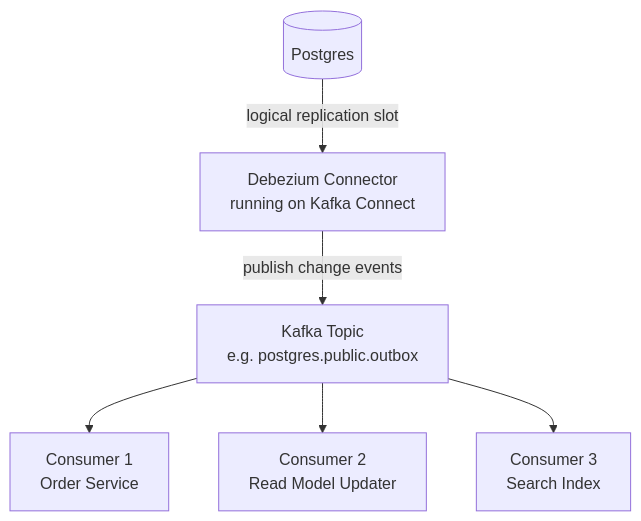
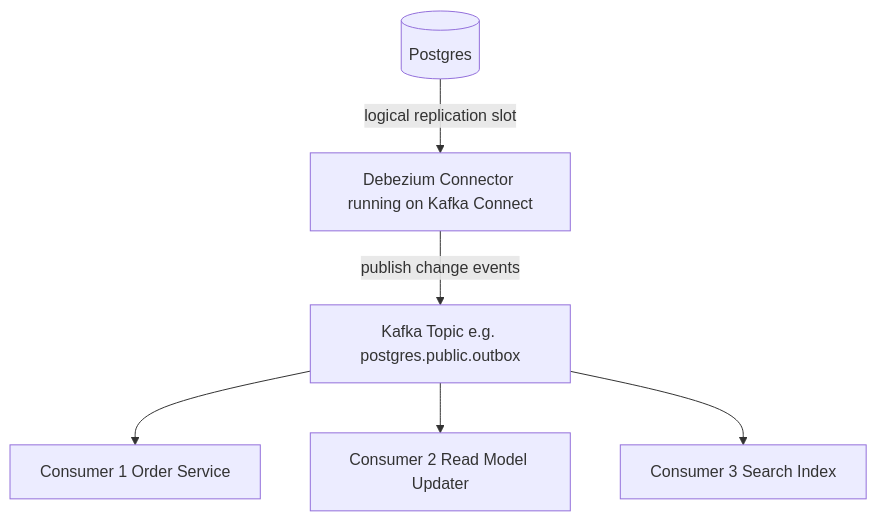
The first of 2 diagrams in System Design/SDE2/06-Messaging-and-Event-Driven/15-Event-Driven-Architecture/08-CDC-Debezium.md (Dummy-Bug/system-design-handbook), drawn with Mermaid before and after one commit. The commit also changed other lines of this file and 31 other files, not shown here.

````diff
--- a/System Design/SDE2/06-Messaging-and-Event-Driven/15-Event-Driven-Architecture/08-CDC-Debezium.md
+++ b/System Design/SDE2/06-Messaging-and-Event-Driven/15-Event-Driven-Architecture/08-CDC-Debezium.md
@@ -13,8 +12,8 @@
 ```mermaid
 graph TD
-    PG[(Postgres)] -->|logical replication slot| D[Debezium Connector\nrunning on Kafka Connect]
-    D -->|publish change events| K[Kafka Topic\ne.g. postgres.public.outbox]
-    K --> C1[Consumer 1\nOrder Service]
-    K --> C2[Consumer 2\nRead Model Updater]
-    K --> C3[Consumer 3\nSearch Index]
+    PG[(Postgres)] -->|logical replication slot| D[Debezium Connector running on Kafka Connect]
+    D -->|publish change events| K[Kafka Topic e.g. postgres.public.outbox]
+    K --> C1[Consumer 1 Order Service]
+    K --> C2[Consumer 2 Read Model Updater]
+    K --> C3[Consumer 3 Search Index]
 ```
````
